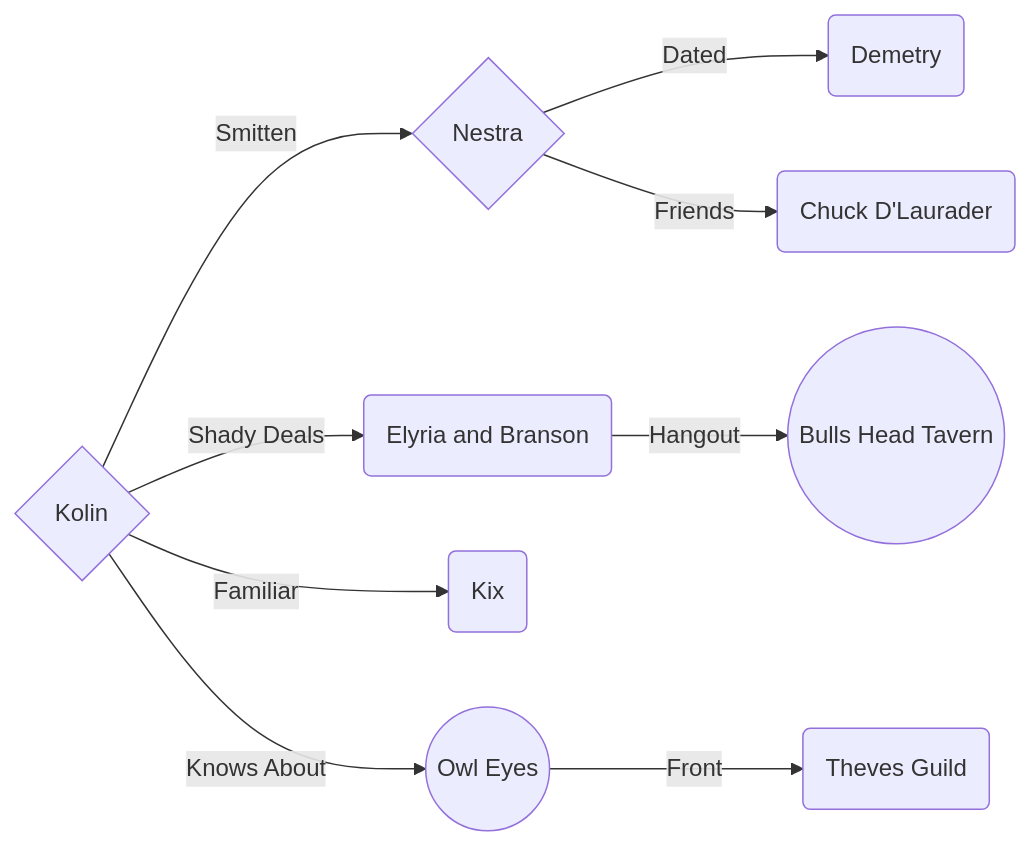
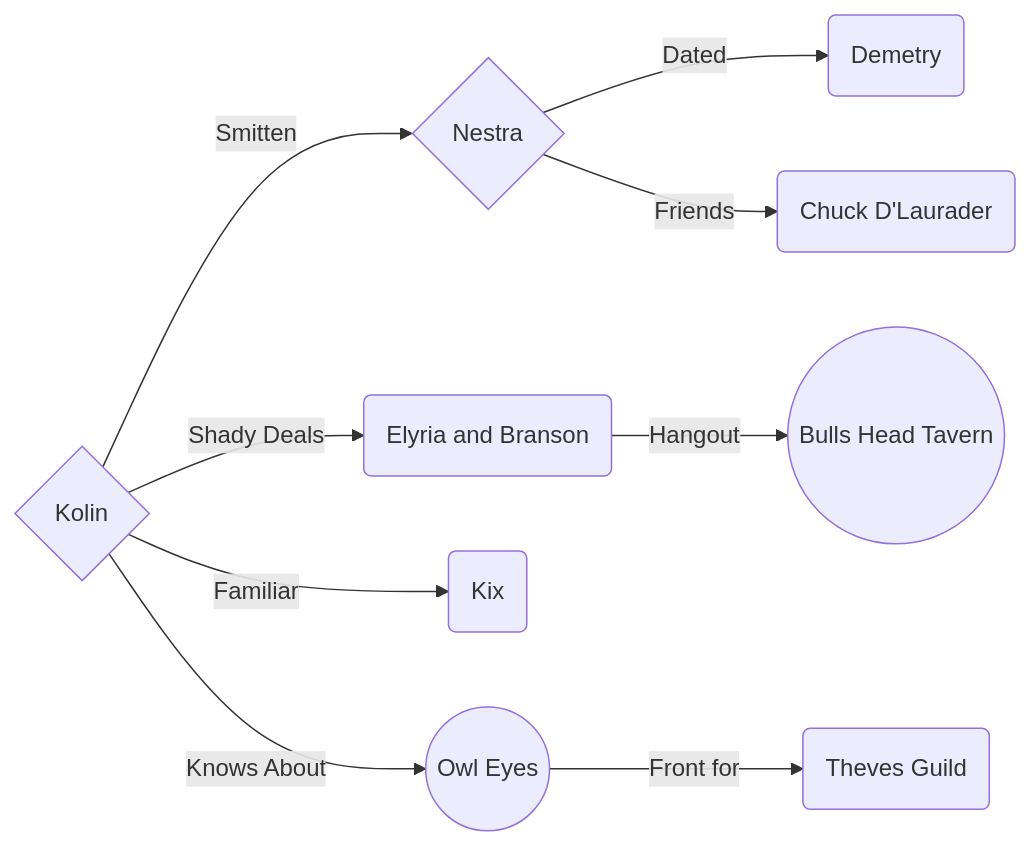
Before and after one commit to DiscoverTec/anExperiment: the first of 2 diagrams in eberron-by-night/characters/kotlin.md, drawn with Mermaid. The commit also changed other lines of this file, not shown here.

````diff
--- a/eberron-by-night/characters/kotlin.md
+++ b/eberron-by-night/characters/kotlin.md
@@ -21,12 +23,12 @@
 ```mermaid
 flowchart LR;
     kotlin{Kolin} --> |Smitten| nestra{Nestra};
     kotlin --> |Shady Deals| elyria(Elyria and Branson);
     kotlin --> |Familiar| kix(Kix)
     elyria --> |Hangout| tavern((Bulls Head Tavern));
     nestra --> |Dated| demetry(Demetry);
     nestra --> |Friends| chuck(Chuck D'Laurader);
     kotlin --> |Knows About| owlEyes((Owl Eyes));
-    owlEyes --> |Front| theves(Theves Guild);
+    owlEyes --> |Front for| theves(Theves Guild);
     click kotlin "/characters/kotlin";
 ```
````
